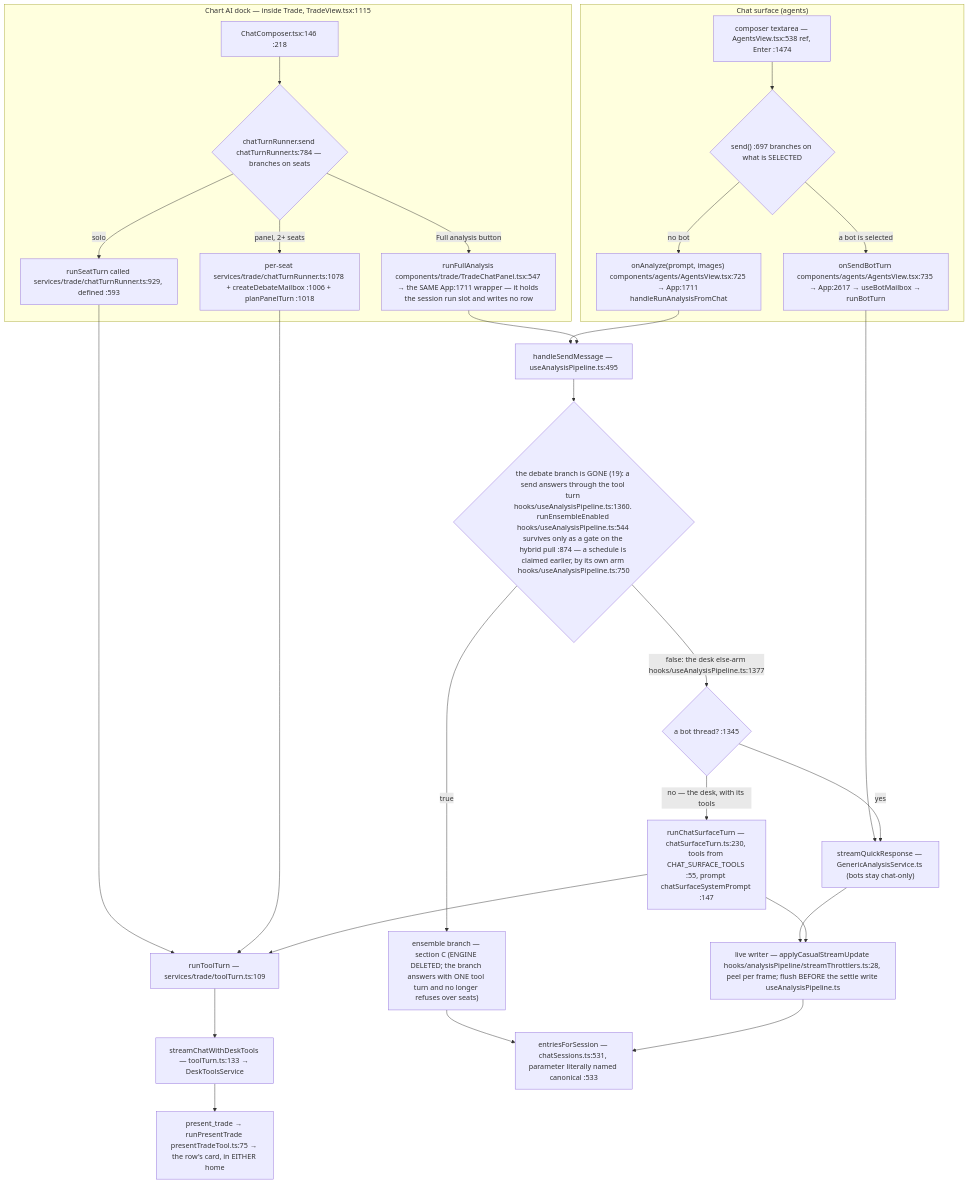
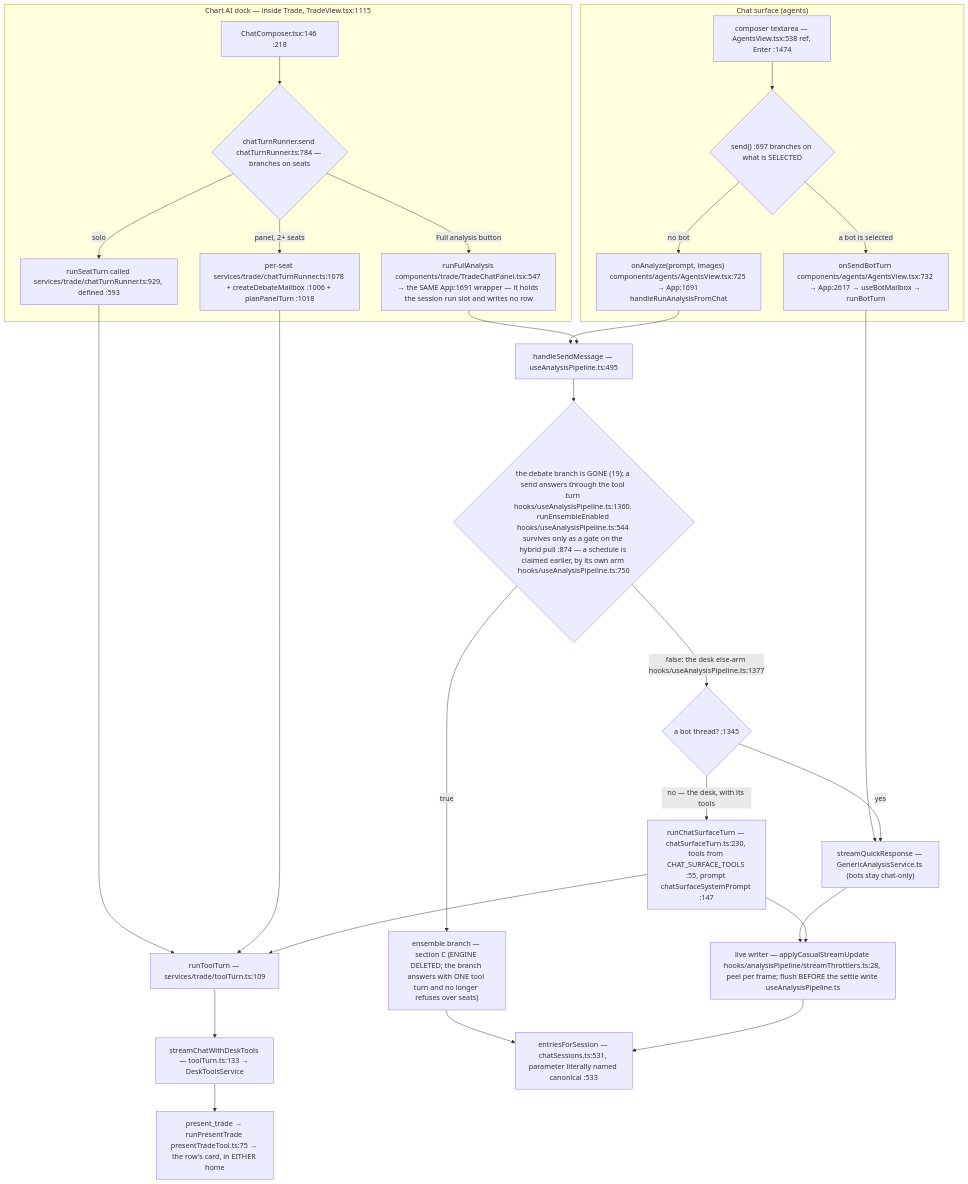
The second of 7 diagrams in docs/app-flow.md (Acepay25/august-3.5), drawn with Mermaid before and after one commit. The commit also changed other lines of this file and 3 other files, not shown here.

First line of the commit message:
docs(flow): 15 citations moved off comment lines, ceiling 61 -> 46

````diff
--- a/docs/app-flow.md
+++ b/docs/app-flow.md
@@ -60,31 +60,31 @@
 ```mermaid
 flowchart TD
     subgraph CHAT["Chat surface (agents)"]
         CB["composer textarea — AgentsView.tsx:538 ref, Enter :1474"] --> D1{"send() :697 branches on what is SELECTED"}
-        D1 -->|a bot is selected| BOT["onSendBotTurn components/agents/AgentsView.tsx:735 → App:2617 → useBotMailbox → runBotTurn"]
-        D1 -->|no bot| AN["onAnalyze(prompt, images) components/agents/AgentsView.tsx:725 → App:1711 handleRunAnalysisFromChat"]
+        D1 -->|a bot is selected| BOT["onSendBotTurn components/agents/AgentsView.tsx:732 → App:2617 → useBotMailbox → runBotTurn"]
+        D1 -->|no bot| AN["onAnalyze(prompt, images) components/agents/AgentsView.tsx:725 → App:1691 handleRunAnalysisFromChat"]
     end
     subgraph DOCK["Chart AI dock — inside Trade, TradeView.tsx:1115"]
         DC["ChatComposer.tsx:146 :218"] --> D2{"chatTurnRunner.send chatTurnRunner.ts:784 — branches on seats"}
         D2 -->|solo| SO["runSeatTurn called services/trade/chatTurnRunner.ts:929, defined :593"]
         D2 -->|panel, 2+ seats| PN["per-seat services/trade/chatTurnRunner.ts:1078 + createDebateMailbox :1006 + planPanelTurn :1018"]
-        D2 -->|Full analysis button| FA["runFullAnalysis components/trade/TradeChatPanel.tsx:547 → the SAME App:1711 wrapper — it holds the session run slot and writes no row"]
+        D2 -->|Full analysis button| FA["runFullAnalysis components/trade/TradeChatPanel.tsx:547 → the SAME App:1691 wrapper — it holds the session run slot and writes no row"]
     end
     SO --> TT["runToolTurn — services/trade/toolTurn.ts:109"]
     PN --> TT
     TT --> SCDT["streamChatWithDeskTools — toolTurn.ts:133 → DeskToolsService"]
     BOT --> TR["streamQuickResponse — GenericAnalysisService.ts (bots stay chat-only)"]
     AN --> HSM["handleSendMessage — useAnalysisPipeline.ts:495"]
     FA --> HSM
     HSM --> D3{"the debate branch is GONE (19): a send answers through the tool turn hooks/useAnalysisPipeline.ts:1360. runEnsembleEnabled hooks/useAnalysisPipeline.ts:544 survives only as a gate on the hybrid pull :874 — a schedule is claimed earlier, by its own arm hooks/useAnalysisPipeline.ts:750"}
     D3 -->|true| ENS["ensemble branch — section C (ENGINE DELETED; the branch answers with ONE tool turn and no longer refuses over seats)"]
     D3 -->|false: the desk else-arm hooks/useAnalysisPipeline.ts:1377| SPLIT{"a bot thread? :1345"}
     SPLIT -->|yes| TR
     SPLIT -->|no — the desk, with its tools| CST["runChatSurfaceTurn — chatSurfaceTurn.ts:230, tools from CHAT_SURFACE_TOOLS :55, prompt chatSurfaceSystemPrompt :147"]
     CST --> TT
     TR --> LW["live writer — applyCasualStreamUpdate hooks/analysisPipeline/streamThrottlers.ts:28, peel per frame; flush BEFORE the settle write useAnalysisPipeline.ts"]
     CST --> LW
     ENS --> MERGE
     LW --> MERGE["entriesForSession — chatSessions.ts:531, parameter literally named canonical :533"]
     SCDT --> PT["present_trade → runPresentTrade presentTradeTool.ts:75 → the row's card, in EITHER home"]
 ```
````
